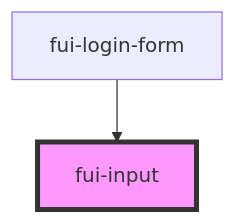
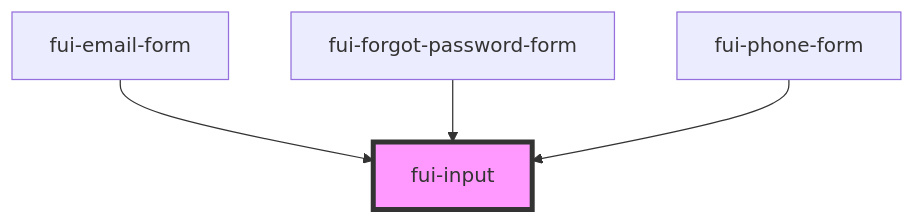
Before and after one commit to invertase/firebaseui-web: the diagram in packages/firebaseui-stencil/src/components/fui-input/readme.md, drawn with Mermaid. The commit also changed other lines of this file and 33 other files, not shown here.

````diff
--- a/packages/firebaseui-stencil/src/components/fui-input/readme.md
+++ b/packages/firebaseui-stencil/src/components/fui-input/readme.md
@@ -34,5 +36,7 @@
 ```mermaid
 graph TD;
-  fui-login-form --> fui-input
+  fui-email-form --> fui-input
+  fui-forgot-password-form --> fui-input
+  fui-phone-form --> fui-input
   style fui-input fill:#f9f,stroke:#333,stroke-width:4px
 ```
````
